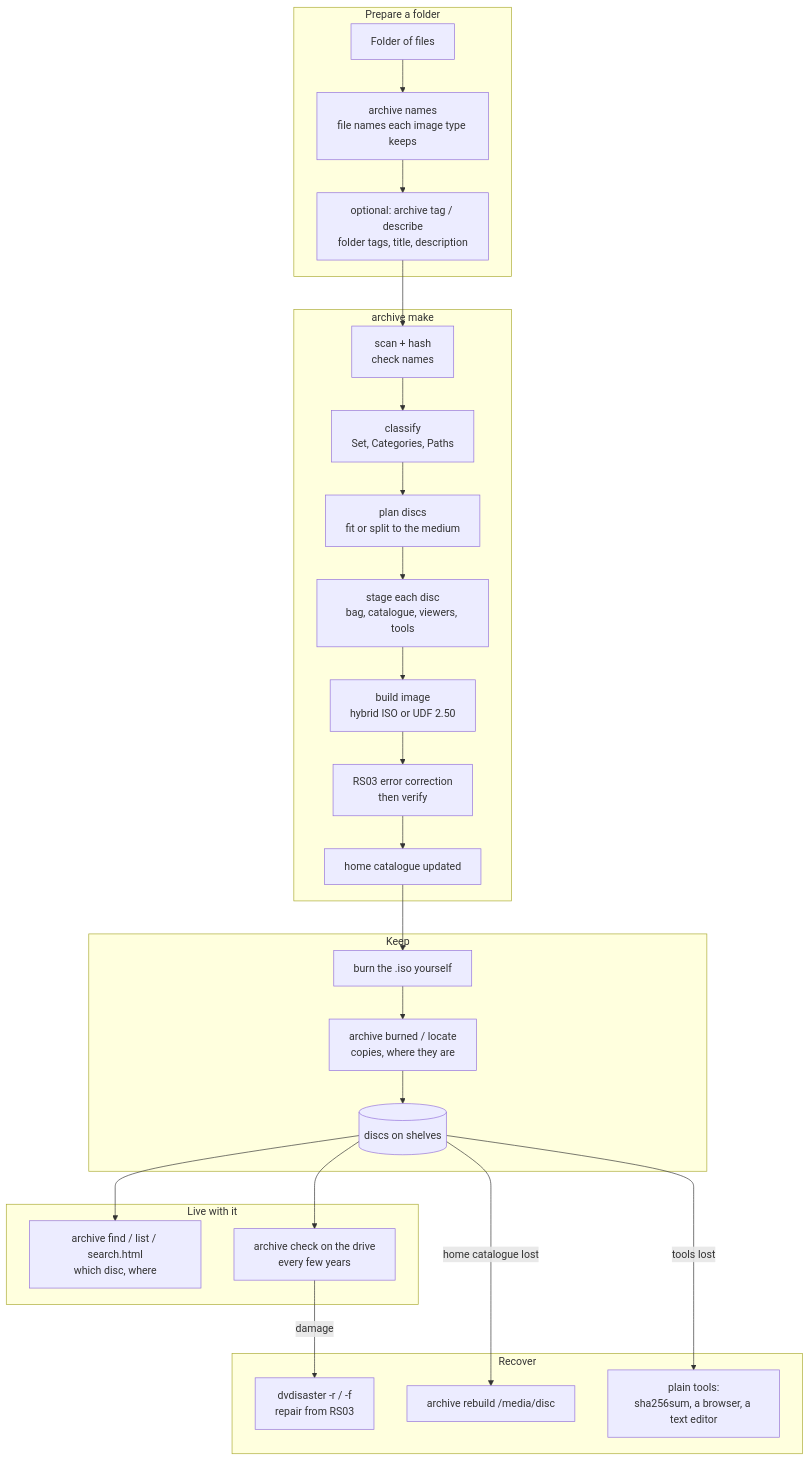
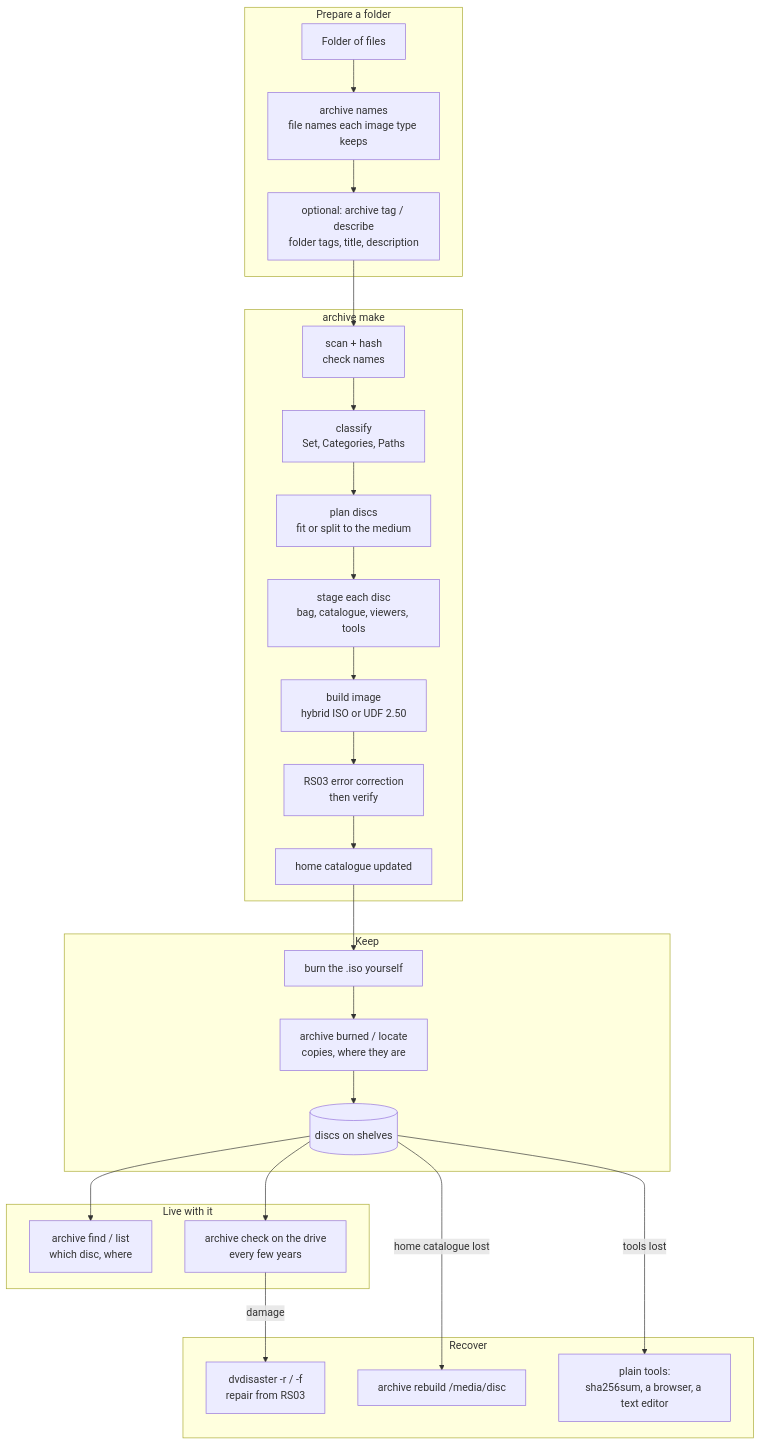
One commit to mofosyne/arv changed the diagram in docs/workflow.md. Above: the diagram before and after it, drawn with Mermaid. The commit also changed other lines of this file and 19 other files, not shown here.

First line of the commit message:
Remove search.html and catalog/web/; search from the disc with the bundled tool

````diff
--- a/docs/workflow.md
+++ b/docs/workflow.md
@@ -14,30 +14,30 @@
 ```mermaid
 flowchart TD
     subgraph prepare [Prepare a folder]
         A[Folder of files] --> N[archive names<br/>file names each image type keeps]
         N --> T[optional: archive tag / describe<br/>folder tags, title, description]
     end
     subgraph make [archive make]
         T --> M1[scan + hash<br/>check names]
         M1 --> M2[classify<br/>Set, Categories, Paths]
         M2 --> M3[plan discs<br/>fit or split to the medium]
         M3 --> M4[stage each disc<br/>bag, catalogue, viewers, tools]
         M4 --> M5[build image<br/>hybrid ISO or UDF 2.50]
         M5 --> M6[RS03 error correction<br/>then verify]
         M6 --> M7[home catalogue updated]
     end
     subgraph keep [Keep]
         M7 --> B[burn the .iso yourself]
         B --> R[archive burned / locate<br/>copies, where they are]
         R --> S[(discs on shelves)]
     end
     subgraph live [Live with it]
-        S --> F[archive find / list / search.html<br/>which disc, where]
+        S --> F[archive find / list<br/>which disc, where]
         S --> C[archive check on the drive<br/>every few years]
     end
     subgraph recover [Recover]
         C -- damage --> D[dvdisaster -r / -f<br/>repair from RS03]
         S -- home catalogue lost --> RB[archive rebuild /media/disc]
         S -- tools lost --> P[plain tools:<br/>sha256sum, a browser, a text editor]
     end
 ```
````
